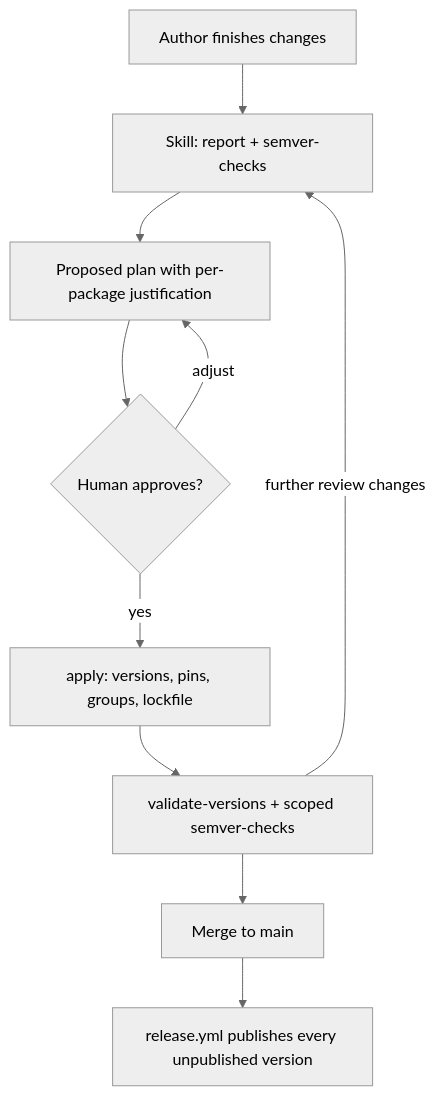
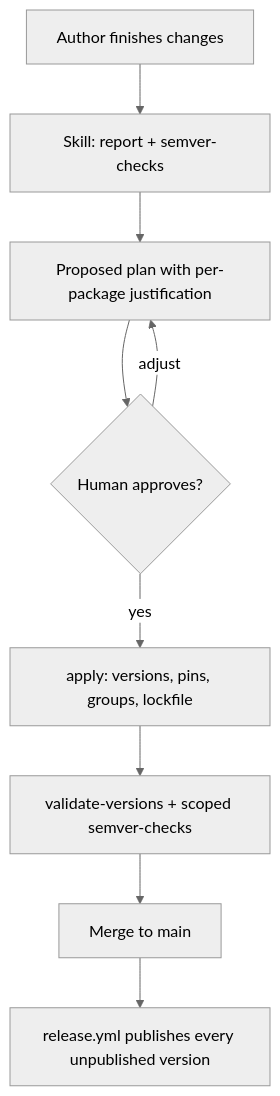
Before and after one commit to folo-rs/folo: the diagram in docs/release-versioning.md, drawn with Mermaid (neutral theme). The commit also changed other lines of this file, not shown here.

````diff
--- a/docs/release-versioning.md
+++ b/docs/release-versioning.md
@@ -405,12 +411,11 @@
 ```mermaid
 flowchart TD
     A["Author finishes changes"] --> B["Skill: report + semver-checks"]
     B --> C["Proposed plan with per-package justification"]
     C --> D{"Human approves?"}
     D -- adjust --> C
     D -- yes --> E["apply: versions, pins, groups, lockfile"]
     E --> F["validate-versions + scoped semver-checks"]
-    F -- further review changes --> B
     F --> G["Merge to main"]
     G --> H["release.yml publishes every unpublished version"]
 ```
````
